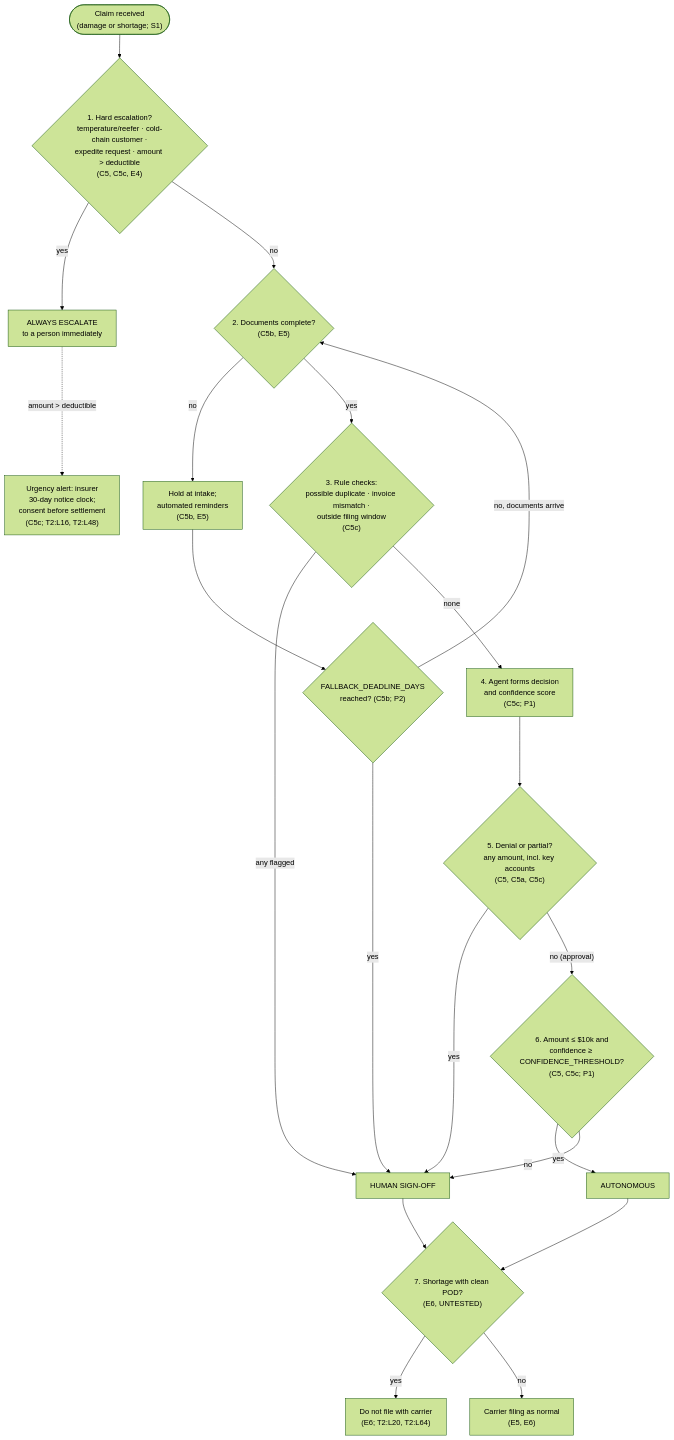
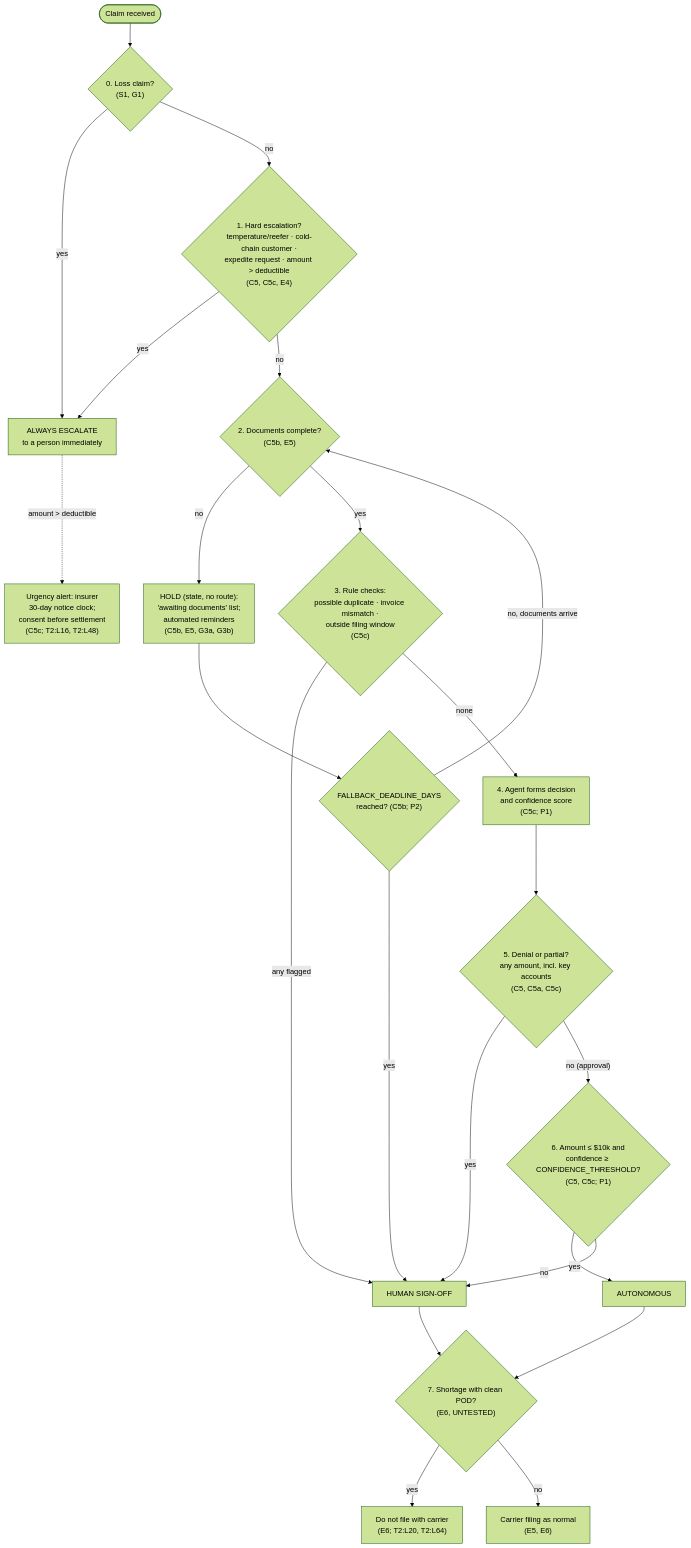
The diagram in engagement/02-redesign/decision-tree.md (ahmadmadar/process-to-agent), drawn with Mermaid (forest theme) before and after one commit. The commit also changed other lines of this file and 7 other files, not shown here.

````diff
--- a/engagement/02-redesign/decision-tree.md
+++ b/engagement/02-redesign/decision-tree.md
@@ -14,23 +18,25 @@
 ```mermaid
 flowchart TD
-    IN(["Claim received<br/>(damage or shortage; S1)"]) --> S1{"1. Hard escalation?<br/>temperature/reefer · cold-chain customer ·<br/>expedite request · amount > deductible<br/>(C5, C5c, E4)"}
+    IN(["Claim received"]) --> S0{"0. Loss claim?<br/>(S1, G1)"}
+    S0 -- yes --> ESC
+    S0 -- no --> S1{"1. Hard escalation?<br/>temperature/reefer · cold-chain customer ·<br/>expedite request · amount > deductible<br/>(C5, C5c, E4)"}
     S1 -- yes --> ESC["ALWAYS ESCALATE<br/>to a person immediately"]
     ESC -. "amount > deductible" .-> ALERT["Urgency alert: insurer<br/>30-day notice clock;<br/>consent before settlement<br/>(C5c; T2:L16, T2:L48)"]
     S1 -- no --> S2{"2. Documents complete?<br/>(C5b, E5)"}
-    S2 -- no --> HOLD["Hold at intake;<br/>automated reminders<br/>(C5b, E5)"]
+    S2 -- no --> HOLD["HOLD (state, no route):<br/>'awaiting documents' list;<br/>automated reminders<br/>(C5b, E5, G3a, G3b)"]
     HOLD --> S2D{"FALLBACK_DEADLINE_DAYS<br/>reached? (C5b; P2)"}
     S2D -- "no, documents arrive" --> S2
     S2D -- yes --> SIGN["HUMAN SIGN-OFF"]
     S2 -- yes --> S3{"3. Rule checks:<br/>possible duplicate · invoice mismatch ·<br/>outside filing window<br/>(C5c)"}
     S3 -- any flagged --> SIGN
     S3 -- none --> S4["4. Agent forms decision<br/>and confidence score<br/>(C5c; P1)"]
     S4 --> S5{"5. Denial or partial?<br/>any amount, incl. key accounts<br/>(C5, C5a, C5c)"}
     S5 -- yes --> SIGN
     S5 -- "no (approval)" --> S6{"6. Amount ≤ $10k and<br/>confidence ≥ CONFIDENCE_THRESHOLD?<br/>(C5, C5c; P1)"}
     S6 -- yes --> AUTO["AUTONOMOUS"]
     S6 -- no --> SIGN
     AUTO --> S7{"7. Shortage with clean POD?<br/>(E6, UNTESTED)"}
     SIGN --> S7
     S7 -- yes --> NOFILE["Do not file with carrier<br/>(E6; T2:L20, T2:L64)"]
     S7 -- no --> FILE["Carrier filing as normal<br/>(E5, E6)"]
 ```
````
